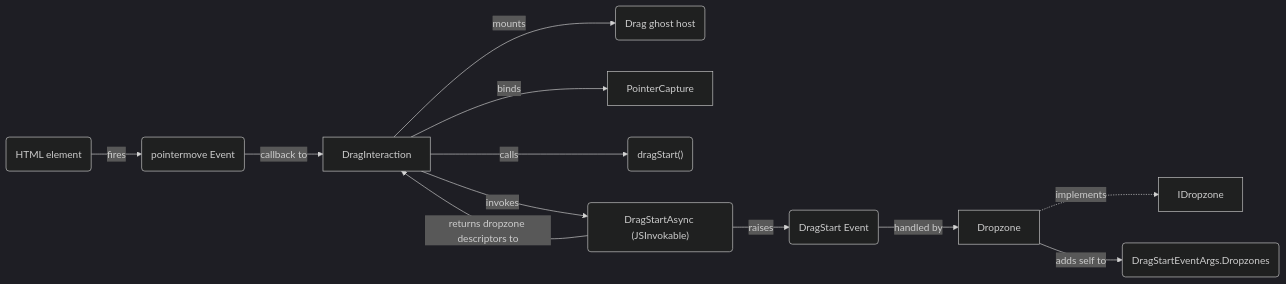
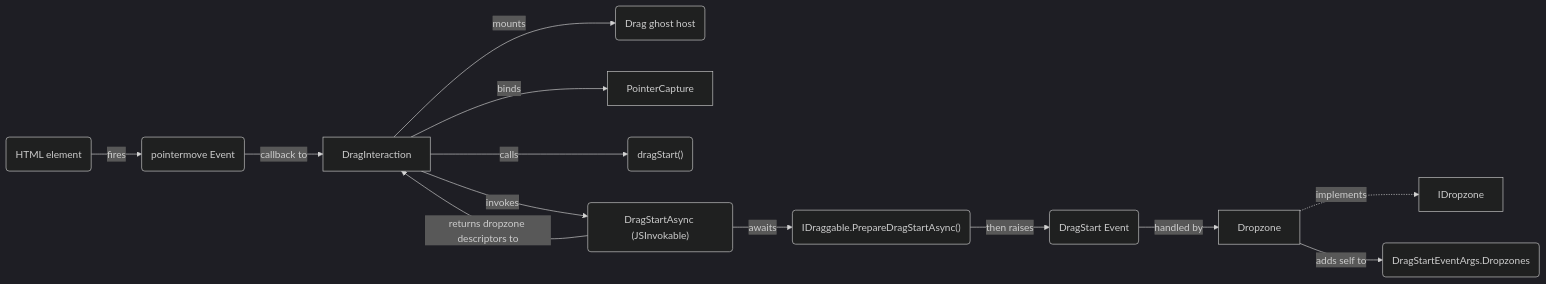
The second of 6 diagrams in src/ViciOne.Ui.Blazor.Components/Draggable/README.md (vicione-oss/vicione-ui-libs-blazor-components), drawn with Mermaid (dark theme) before and after one commit. The commit also changed other lines of this file and 459 other files, not shown here.

````diff
--- a/src/ViciOne.Ui.Blazor.Components/Draggable/README.md
+++ b/src/ViciOne.Ui.Blazor.Components/Draggable/README.md
@@ -35,16 +35,17 @@
 ```mermaid
 flowchart LR
     HTMLElement("HTML element")-- fires -->PointerMoveEvent("pointermove Event")
     PointerMoveEvent-- callback to -->DragInteraction
 
     DragInteraction-- mounts -->DragGhostHost("Drag ghost host")
     DragInteraction-- binds -->PointerCapture
     DragInteraction-- calls -->DragStart("dragStart()")
     DragInteraction-- invokes -->DragStartAsync("DragStartAsync (JSInvokable)")
 
-    DragStartAsync-- raises -->DragStartEvent("DragStart Event")
+    DragStartAsync-- awaits -->PrepareDragStartAsync("IDraggable.PrepareDragStartAsync()")
+    PrepareDragStartAsync-- then raises -->DragStartEvent("DragStart Event")
     DragStartEvent-- handled by -->Dropzone
     Dropzone-. implements .->IDropzone
     Dropzone-- adds self to -->DragStartEventArgs("DragStartEventArgs.Dropzones")
     DragStartAsync-- returns dropzone descriptors to -->DragInteraction
 ```
````
